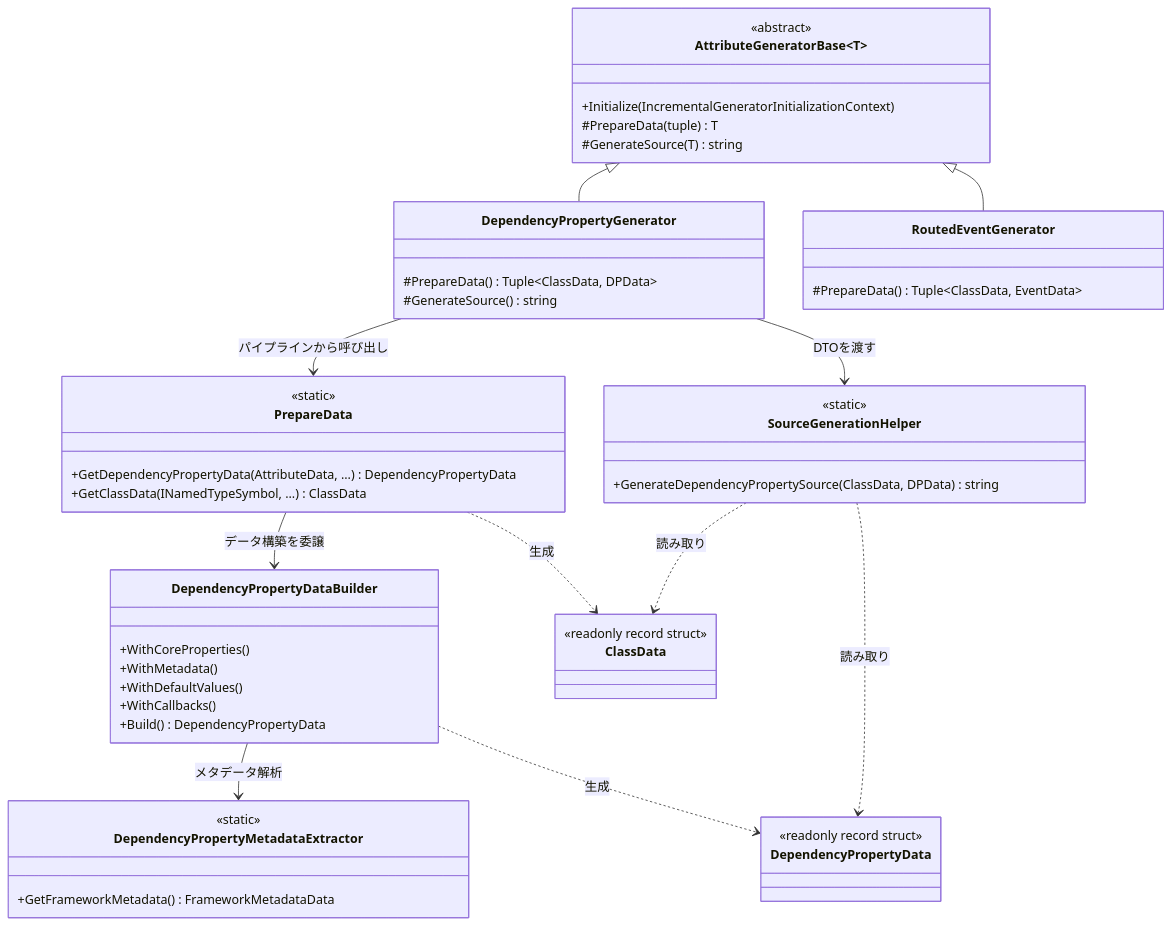
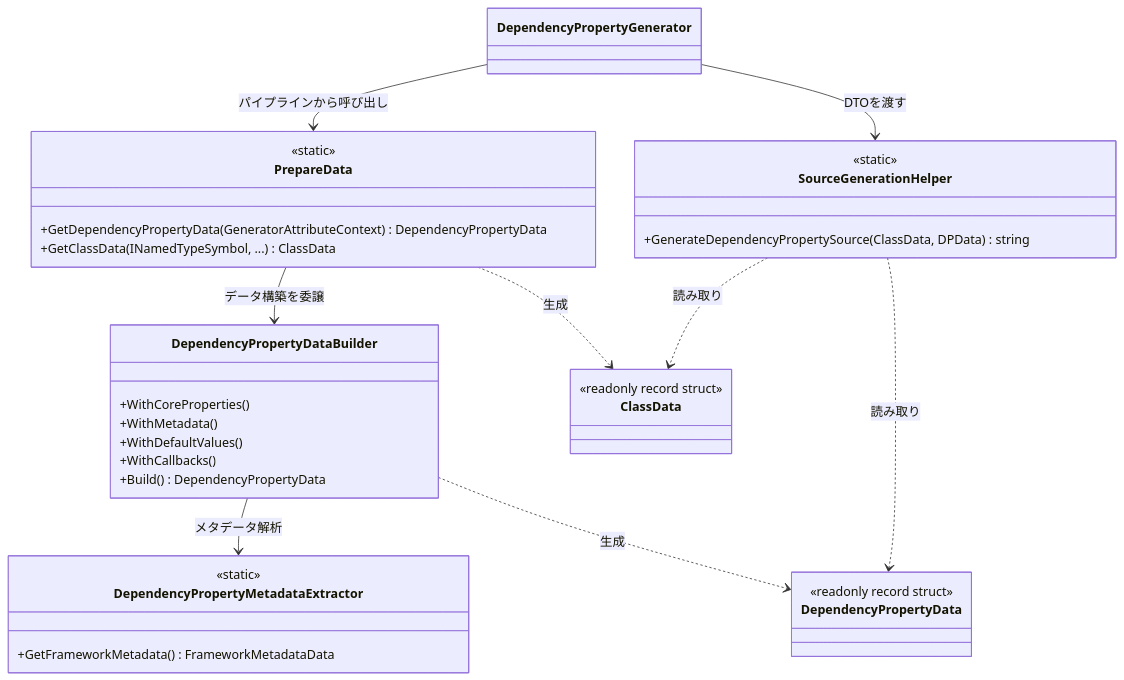
Before and after one commit to kassyi/DependencyPropertyGenerator: the fourth of 6 diagrams in spec/ja/02_pipeline_architecture.md, drawn with Mermaid. The commit also changed other lines of this file and 8 other files, not shown here.

````diff
--- a/spec/ja/02_pipeline_architecture.md
+++ b/spec/ja/02_pipeline_architecture.md
@@ -82,68 +132,49 @@
 ```mermaid
 classDiagram
-    %% Generators
-    class AttributeGeneratorBase~T~ {
-        <<abstract>>
-        +Initialize(IncrementalGeneratorInitializationContext)
-        #PrepareData(tuple) T
-        #GenerateSource(T) string
-    }
-
-    class DependencyPropertyGenerator {
-        #PrepareData() Tuple~ClassData, DPData~
-        #GenerateSource() string
-    }
-
-    class RoutedEventGenerator {
-        #PrepareData() Tuple~ClassData, EventData~
-    }
-
-    AttributeGeneratorBase <|-- DependencyPropertyGenerator
-    AttributeGeneratorBase <|-- RoutedEventGenerator
 
     %% Data Extraction
     class PrepareData {
         <<static>>
-        +GetDependencyPropertyData(AttributeData, ...) DependencyPropertyData
+        +GetDependencyPropertyData(GeneratorAttributeContext) DependencyPropertyData
         +GetClassData(INamedTypeSymbol, ...) ClassData
     }
 
     class DependencyPropertyDataBuilder {
         +WithCoreProperties()
         +WithMetadata()
         +WithDefaultValues()
         +WithCallbacks()
         +Build() DependencyPropertyData
     }
 
     class DependencyPropertyMetadataExtractor {
         <<static>>
         +GetFrameworkMetadata() FrameworkMetadataData
     }
 
     %% Models (DTOs)
     class ClassData {
         <<readonly record struct>>
     }
     class DependencyPropertyData {
         <<readonly record struct>>
     }
 
     %% Source Generation
     class SourceGenerationHelper {
         <<static>>
         +GenerateDependencyPropertySource(ClassData, DPData) string
     }
 
     %% Relationships
     DependencyPropertyGenerator --> PrepareData : パイプラインから呼び出し
     PrepareData --> DependencyPropertyDataBuilder : データ構築を委譲
     DependencyPropertyDataBuilder --> DependencyPropertyMetadataExtractor : メタデータ解析
 
     DependencyPropertyDataBuilder ..> DependencyPropertyData : 生成
     PrepareData ..> ClassData : 生成
 
     DependencyPropertyGenerator --> SourceGenerationHelper : DTOを渡す
     SourceGenerationHelper ..> ClassData : 読み取り
     SourceGenerationHelper ..> DependencyPropertyData : 読み取り
 ```
````
